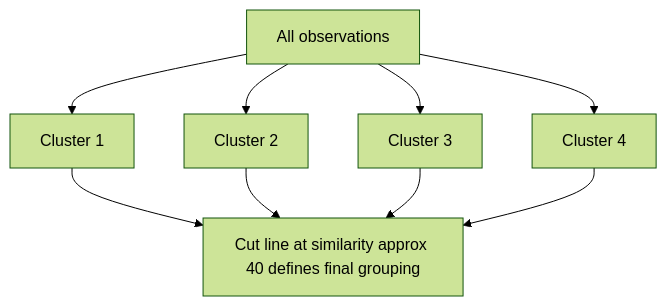
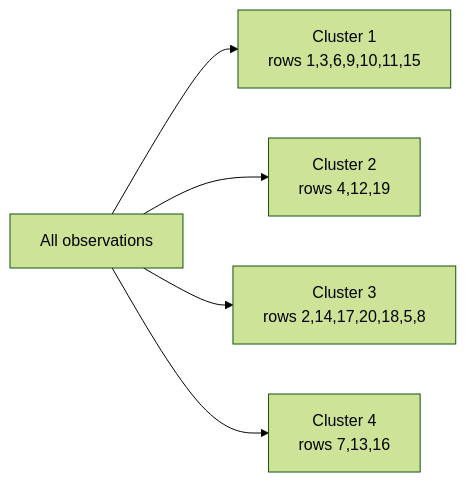
Before and after one commit to SureshAmal/learnmaker: the seventh of 14 diagrams in ml-course/unit-3.md, drawn with Mermaid (forest theme). The commit also changed other lines of this file and 668 other files, not shown here.

````diff
--- a/ml-course/unit-3.md
+++ b/ml-course/unit-3.md
@@ -216,11 +410,7 @@
 ```mermaid
-flowchart TD
-    R["All observations"] --> C1["Cluster 1"]
-    R --> C2["Cluster 2"]
-    R --> C3["Cluster 3"]
-    R --> C4["Cluster 4"]
-    C1 --> L["Cut line at similarity approx 40 defines final grouping"]
-    C2 --> L
-    C3 --> L
-    C4 --> L
+flowchart LR
+    R["All observations"] --> C1["Cluster 1<br/>rows 1,3,6,9,10,11,15"]
+    R --> C2["Cluster 2<br/>rows 4,12,19"]
+    R --> C3["Cluster 3<br/>rows 2,14,17,20,18,5,8"]
+    R --> C4["Cluster 4<br/>rows 7,13,16"]
 ```
````
